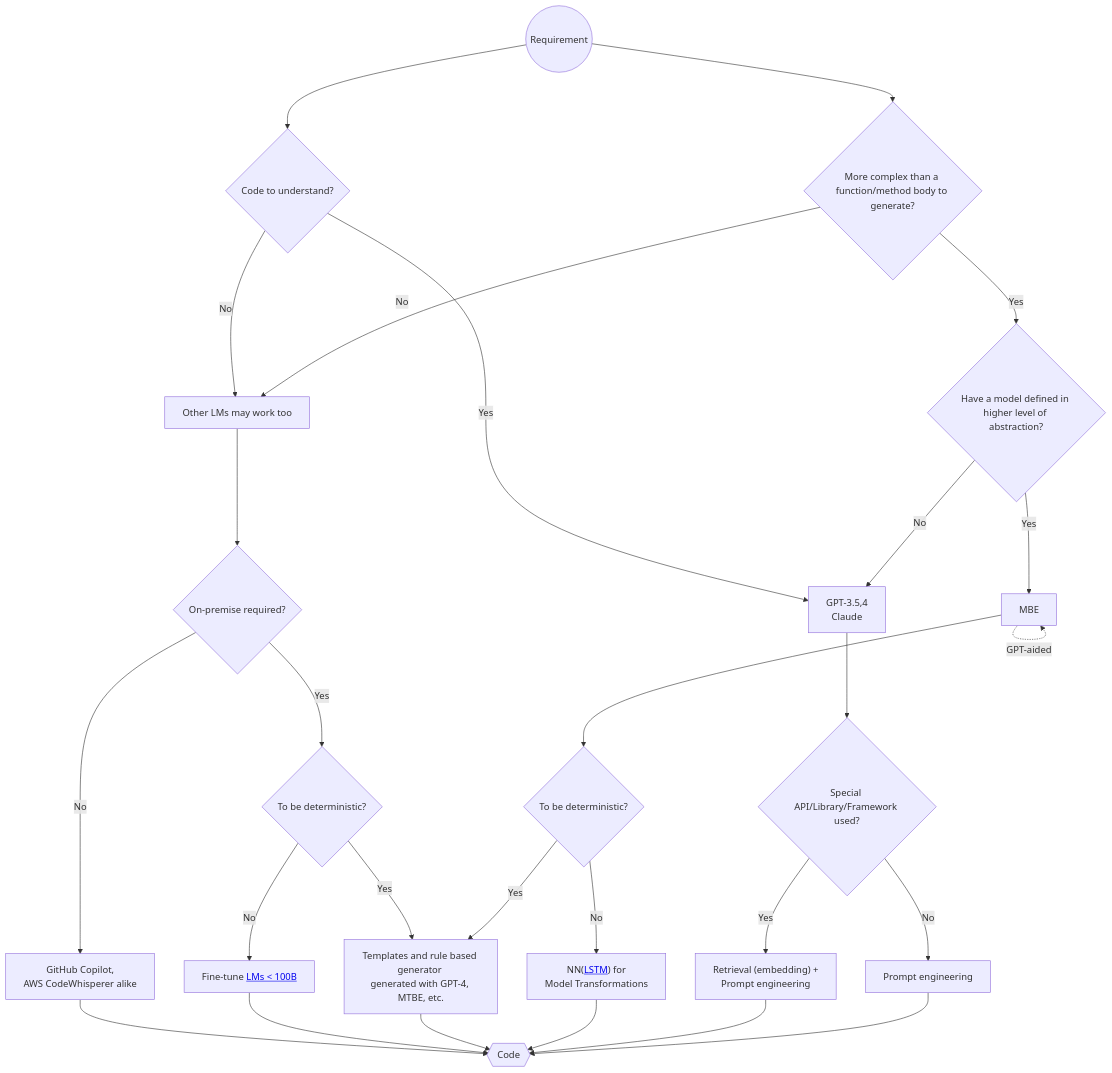
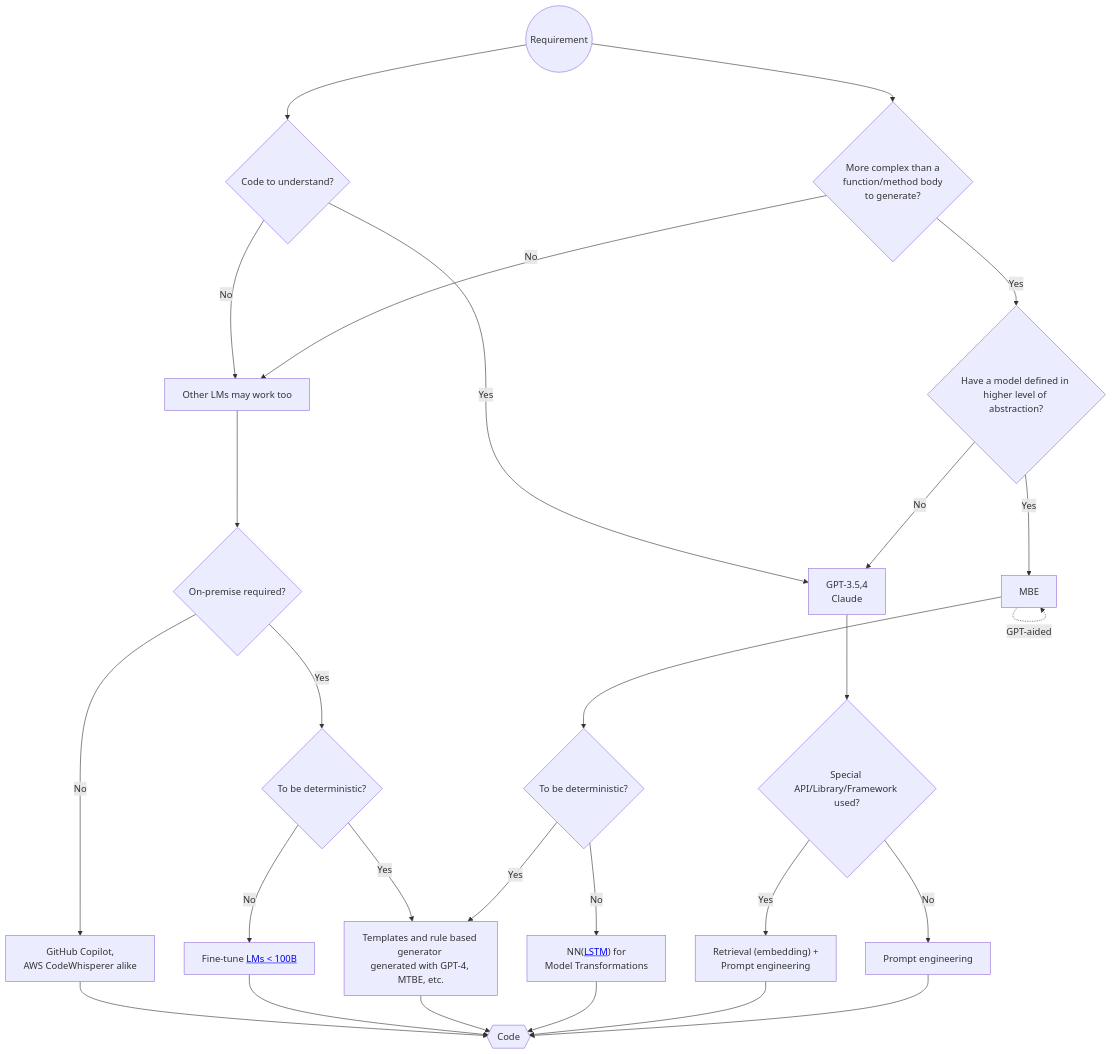
The diagram in Code-Generation.md (AI-LLM/ai-llm.github.io), drawn with Mermaid before and after one commit.

````diff
--- a/Code-Generation.md
+++ b/Code-Generation.md
@@ -3,29 +3,29 @@
 ```mermaid
 graph TD;
-    S((Requirement))-->Q1{"More complex than a \nfunction/method body to generate?"};
+    S((Requirement))-->Q1{"More complex than a \nfunction/method body\n to generate?"};
     S-->Q2{Code to understand?};
     Q1 -- Yes --> Q1a{"Have a model defined in \nhigher level of abstraction?"}
     Q1a -- No --> P1["GPT-3.5,4\nClaude"];
     Q1a -- Yes --> P100[MBE]
     P100 -. GPT-aided .-> P100
     P100 --> Q1b{To be deterministic?} 
     Q1b -- No --> P12["NN(<a target='_blank' href='https://modeling-languages.com/lstm-neural-network-model-transformations/'>LSTM</a>) for \nModel Transformations"]
     Q1b -- Yes --> P21
     Q1 -- No -->P2[Other LMs may work too];
     Q2 -- Yes -->P1
     Q2 -- No -->P2;
     P1 --> Q3{"Special \nAPI/Library/Framework used?"};
     Q3 -- No -->P10[Prompt engineering];
     Q3 -- Yes -->P11["Retrieval (embedding) + \nPrompt engineering"];
     P2 --> Q4{On-premise required?};
     Q4 -- Yes --> Q5{To be deterministic?};
     Q4 -- No --> P23["GitHub Copilot, \nAWS CodeWhisperer alike"]
     Q5 -- Yes --> P21["Templates and rule based generator \ngenerated with GPT-4, MTBE, etc."]
     Q5 -- No --> P22["Fine-tune <a href='https://github.com/AI-LLM/ai-llm.github.io/blob/main/Code-LLM-alternatives.md'>LMs < 100B</a>"]
     P10 --> Code{{Code}}
     P11 --> Code
     P12 --> Code
     P21 --> Code
     P22 --> Code
     P23 --> Code
 ```
````
